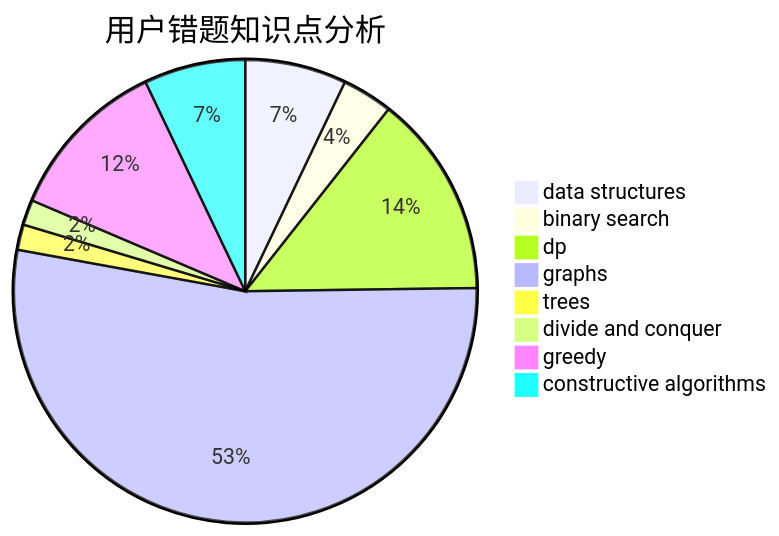
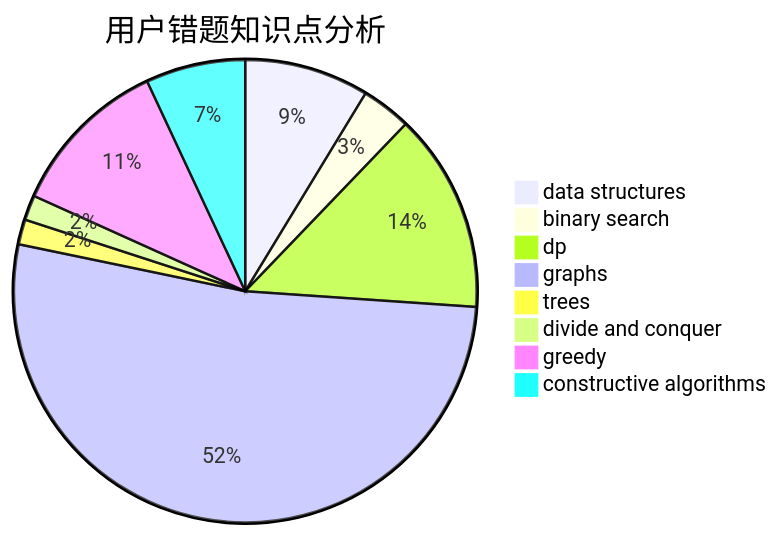
Before and after one commit to sherpahu/cfrs.github.io: the third of 3 diagrams in docs/user/u251.md, drawn with Mermaid. The commit also changed other lines of this file and 2770 other files, not shown here.

````diff
--- a/docs/user/u251.md
+++ b/docs/user/u251.md
@@ -36,11 +36,11 @@
 ```mermaid
 pie title 用户错题知识点分析
-    "data structures" :  8
+    "data structures" :  10
     "binary search" :  4
     "dp" :  16
     "graphs" :  60
     "trees" :  2
     "divide and conquer" :  2
     "greedy" :  13
     "constructive algorithms" :  8
 ```
````
